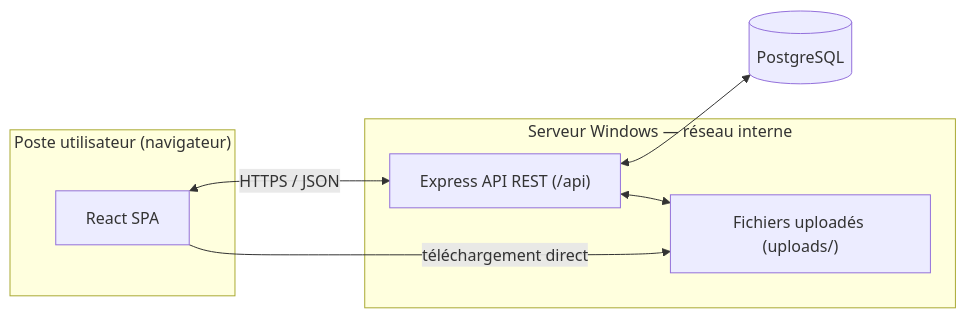
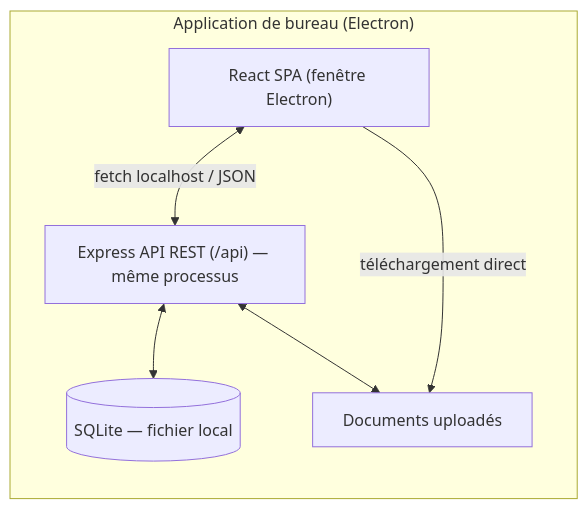
Before and after one commit to OmarOufissa/turbo-journey: the diagram in epi-epc-app/README.md, drawn with Mermaid. The commit also changed other lines of this file and 34 other files, not shown here.

First line of the commit message:
Repackage GEPI as a downloadable Electron desktop app (SQLite instead of Postgres)

````diff
--- a/epi-epc-app/README.md
+++ b/epi-epc-app/README.md
@@ -82,16 +84,14 @@
 ```mermaid
 flowchart LR
-    subgraph Poste["Poste utilisateur (navigateur)"]
-        UI["React SPA"]
+    subgraph App["Application de bureau (Electron)"]
+        UI["React SPA (fenêtre Electron)"]
+        API["Express API REST (/api) — même processus"]
+        FILES["Documents uploadés"]
+        DB[(SQLite — fichier local)]
     end
-    subgraph Serveur["Serveur Windows — réseau interne"]
-        API["Express API REST (/api)"]
-        FILES["Fichiers uploadés (uploads/)"]
-    end
-    DB[(PostgreSQL)]
 
-    UI <-->|HTTPS / JSON| API
+    UI <-->|fetch localhost / JSON| API
     API <--> DB
     API <--> FILES
     UI -->|téléchargement direct| FILES
 ```
````
